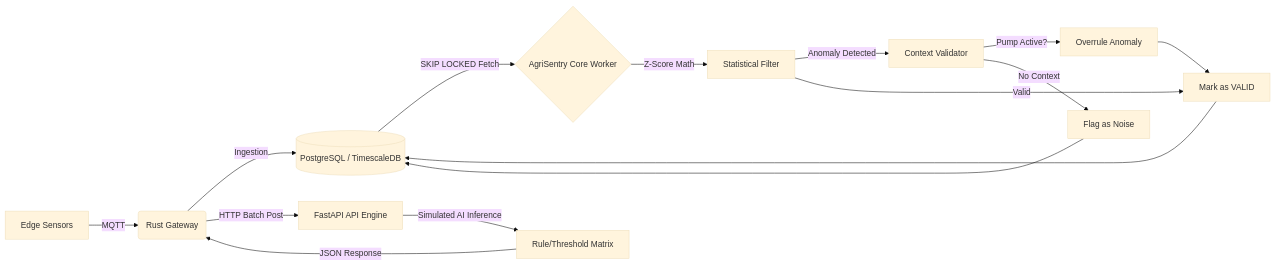
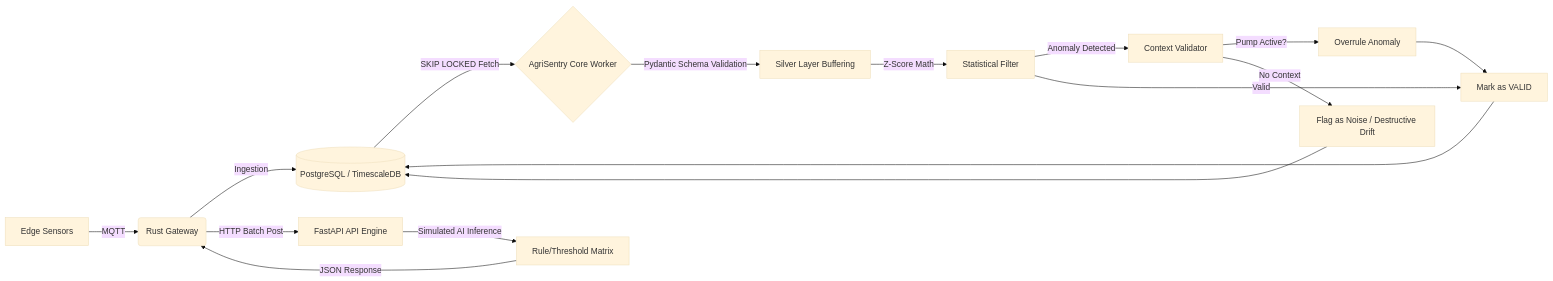
One commit to arleujr/agrisentry-core changed the diagram in README.md. Above: the diagram before and after it, drawn with Mermaid (base theme). The commit also changed other lines of this file, not shown here.

````diff
--- a/README.md
+++ b/README.md
@@ -13,18 +13,19 @@
 ```mermaid
 graph LR
     A[Edge Sensors] -->|MQTT| B(Rust Gateway)
     B -->|Ingestion| C[(PostgreSQL / TimescaleDB)]
     C -->|SKIP LOCKED Fetch| D{AgriSentry Core Worker}
     B -->|HTTP Batch Post| K[FastAPI API Engine]
     K -->|Simulated AI Inference| L[Rule/Threshold Matrix]
-    D -->|Z-Score Math| E[Statistical Filter]
+    D -->|Pydantic Schema Validation| M[Silver Layer Buffering]
+    M -->|Z-Score Math| E[Statistical Filter]
     E -->|Anomaly Detected| F[Context Validator]
     F -->|Pump Active?| G[Overrule Anomaly]
-    F -->|No Context| H[Flag as Noise]
+    F -->|No Context| H[Flag as Noise / Destructive Drift]
     E -->|Valid| I[Mark as VALID]
     G --> I
     I --> C
     H --> C
     L -->|JSON Response| B
 
 ```
````
